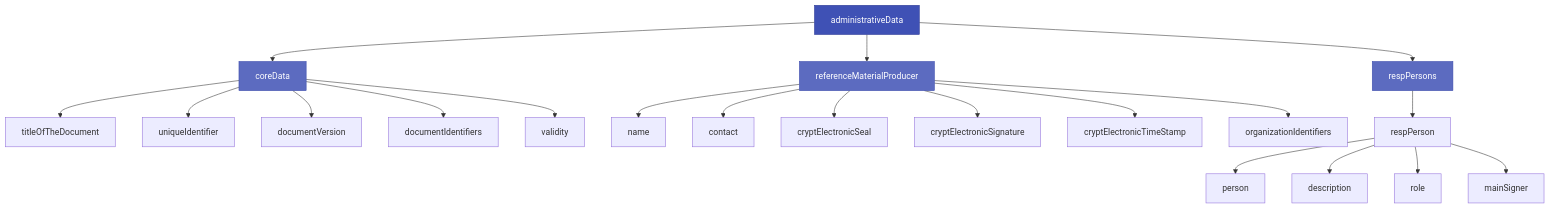
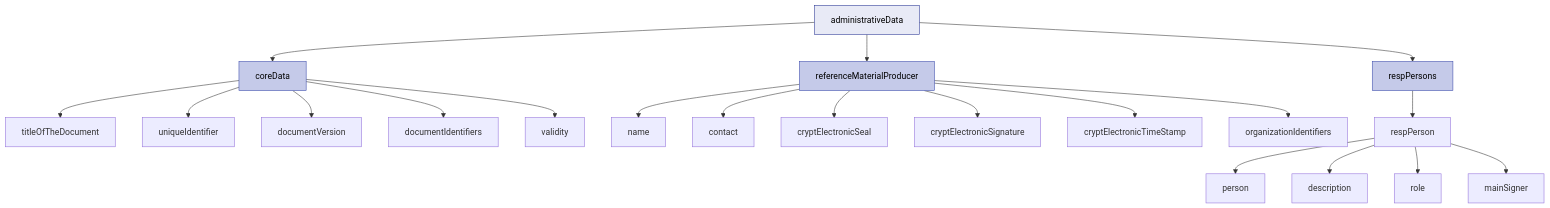
The first of 6 diagrams in docs/administrative_data.md (punitharumilli/DRMD_Schema), drawn with Mermaid before and after one commit. The commit also changed other lines of this file and 6 other files, not shown here.

````diff
--- a/docs/administrative_data.md
+++ b/docs/administrative_data.md
@@ -9,35 +8,35 @@
 ```mermaid
 graph TD
     AD["administrativeData"]
     CD["coreData"]
     RMP["referenceMaterialProducer"]
     RP["respPersons"]
 
     AD --> CD
     AD --> RMP
     AD --> RP
 
     CD --> TOD["titleOfTheDocument"]
     CD --> UID["uniqueIdentifier"]
     CD --> DV["documentVersion"]
     CD --> DI["documentIdentifiers"]
     CD --> VAL["validity"]
 
     RMP --> NAME1["name"]
     RMP --> CONT["contact"]
     RMP --> CS["cryptElectronicSeal"]
     RMP --> CSig["cryptElectronicSignature"]
     RMP --> CTS["cryptElectronicTimeStamp"]
     RMP --> OI["organizationIdentifiers"]
 
     RP --> RP1["respPerson"]
     RP1 --> PERSON["person"]
     RP1 --> DESC["description"]
     RP1 --> ROLE["role"]
     RP1 --> MS["mainSigner"]
 
-    style AD fill:#3f51b5,color:#fff,stroke:#283593
-    style CD fill:#5c6bc0,color:#fff,stroke:#3949ab
-    style RMP fill:#5c6bc0,color:#fff,stroke:#3949ab
-    style RP fill:#5c6bc0,color:#fff,stroke:#3949ab
+    style AD fill:#e8eaf6,color:#000,stroke:#283593
+    style CD fill:#c5cae9,color:#000,stroke:#3949ab
+    style RMP fill:#c5cae9,color:#000,stroke:#3949ab
+    style RP fill:#c5cae9,color:#000,stroke:#3949ab
 ```
````
